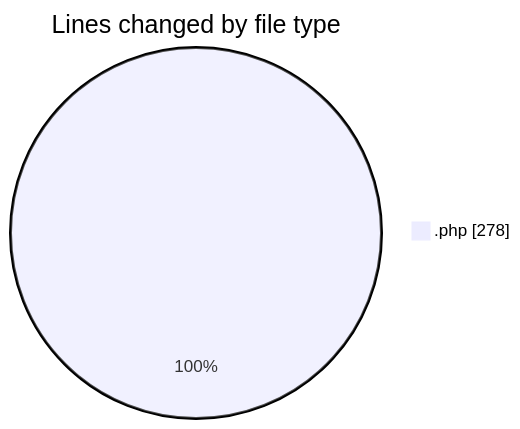
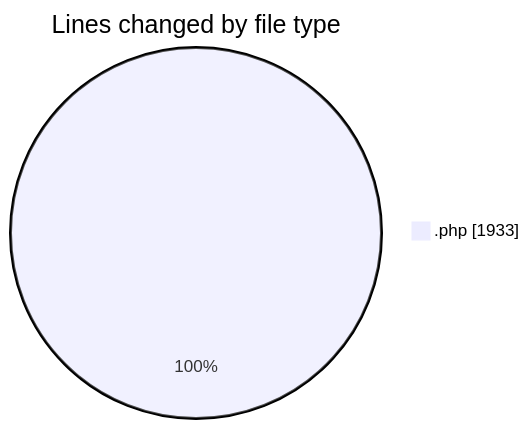
One commit to debugP/code-tracking changed the first of 2 diagrams in 2025-09-30/untitled__workspace_/README.md. Above: the diagram before and after it, drawn with Mermaid. The commit also changed other lines of this file and 1 other file, not shown here.

````diff
--- a/2025-09-30/untitled__workspace_/README.md
+++ b/2025-09-30/untitled__workspace_/README.md
@@ -21,5 +22,5 @@
 ```mermaid
 pie showData
 title Lines changed by file type
-".php" : 278
+".php" : 1933
 ```
````
